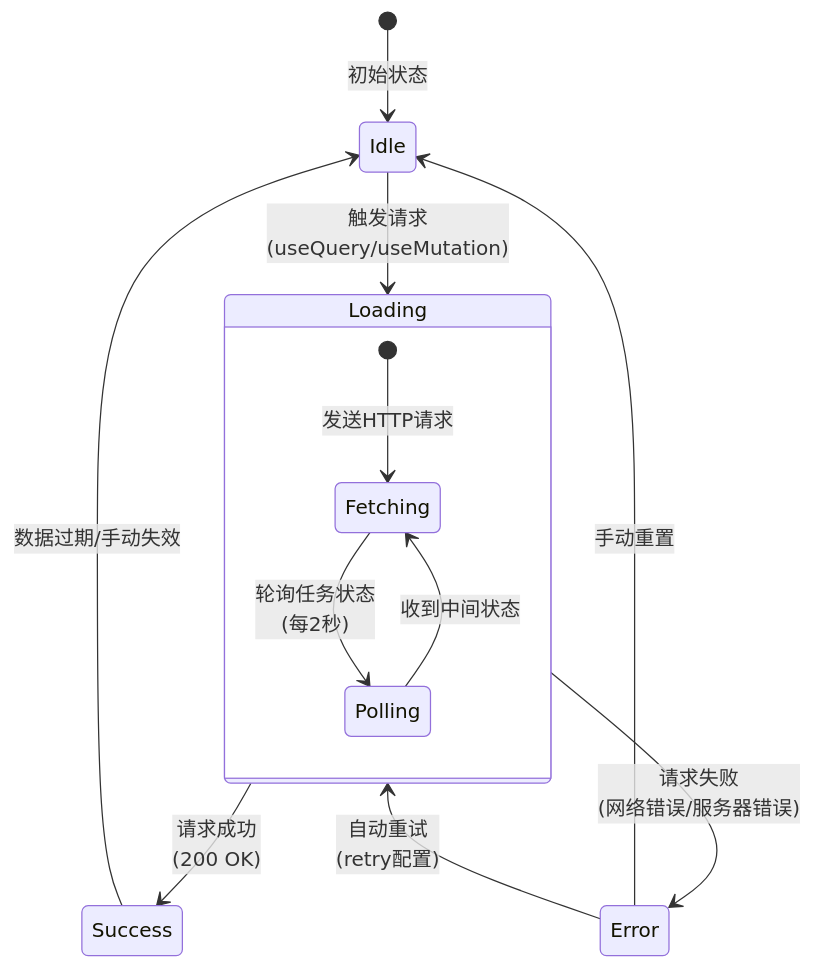
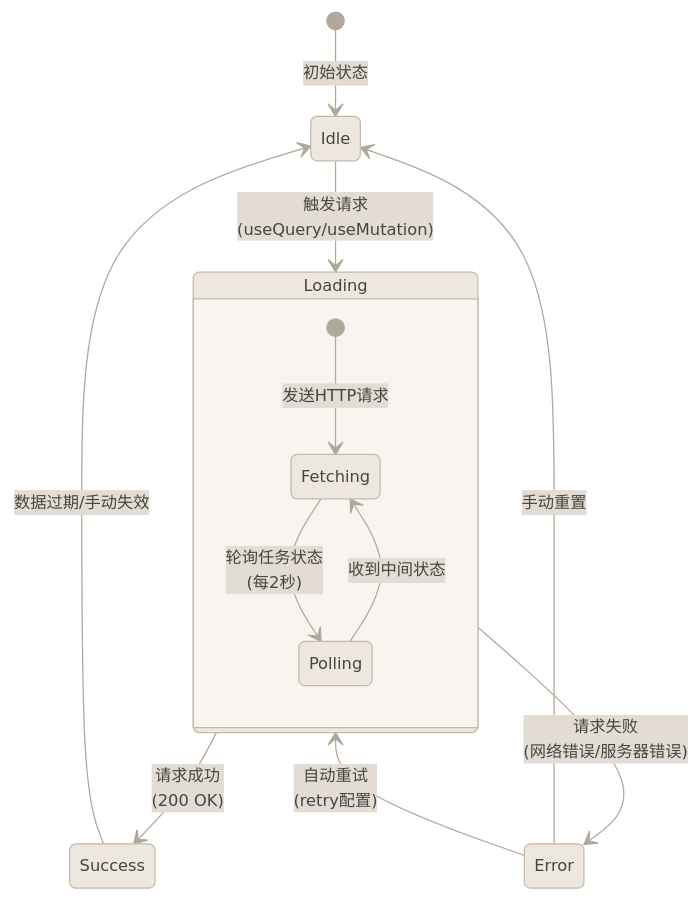
The eighth of 19 diagrams in md/RMA序列修饰检测可视化系统架构说明文档.md (fdiskdc/RGCNFormer_WebAndWx_backend), drawn with Mermaid before and after one commit. The commit also changed other lines of this file, not shown here.

````diff
--- a/md/RMA序列修饰检测可视化系统架构说明文档.md
+++ b/md/RMA序列修饰检测可视化系统架构说明文档.md
@@ -696,16 +628,17 @@
 ```mermaid
+%%{init: {'theme': 'base', 'themeVariables': {'primaryColor': '#EDE7E0', 'primaryTextColor': '#4A4440', 'primaryBorderColor': '#C4BAA8', 'lineColor': '#B0A898', 'secondaryColor': '#E2DCD4', 'background': '#F8F5F0', 'fontSize': '13px'}}}%%
 stateDiagram-v2
     [*] --> Idle: 初始状态
     Idle --> Loading: 触发请求<br/>(useQuery/useMutation)
     Loading --> Success: 请求成功<br/>(200 OK)
     Loading --> Error: 请求失败<br/>(网络错误/服务器错误)
     Success --> Idle: 数据过期/手动失效
     Error --> Loading: 自动重试<br/>(retry配置)
     Error --> Idle: 手动重置
 
     state Loading {
         [*] --> Fetching: 发送HTTP请求
         Fetching --> Polling: 轮询任务状态<br/>(每2秒)
         Polling --> Fetching: 收到中间状态
     }
 ```
````
